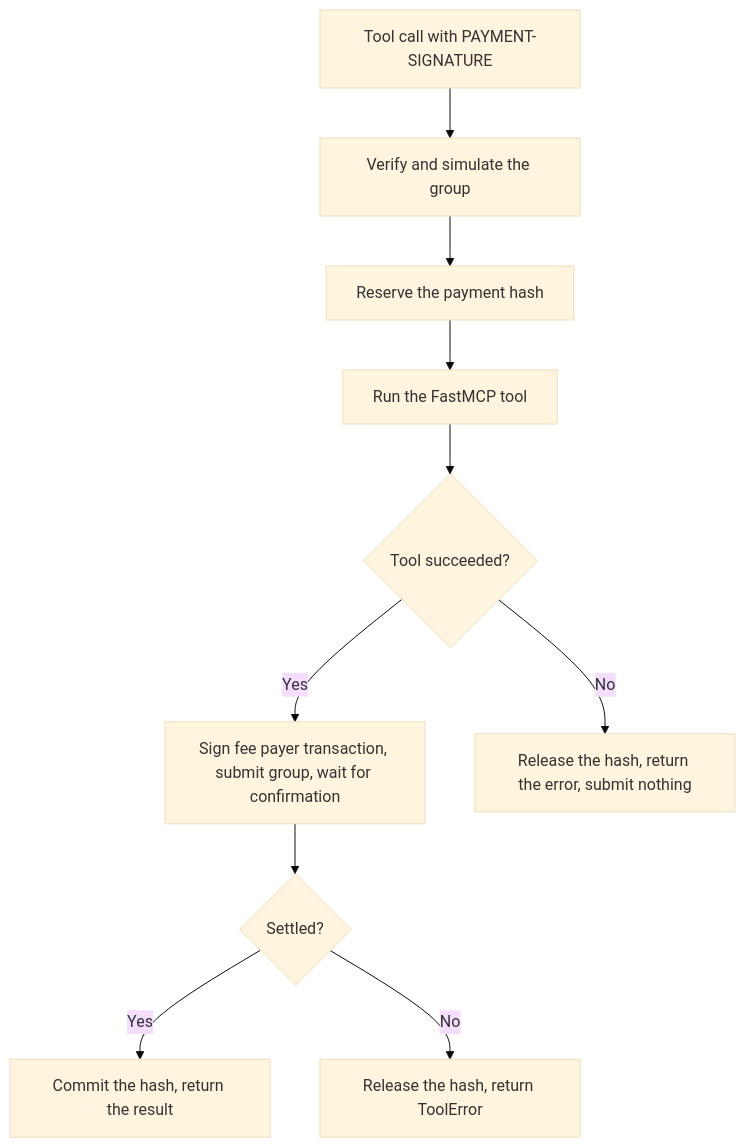
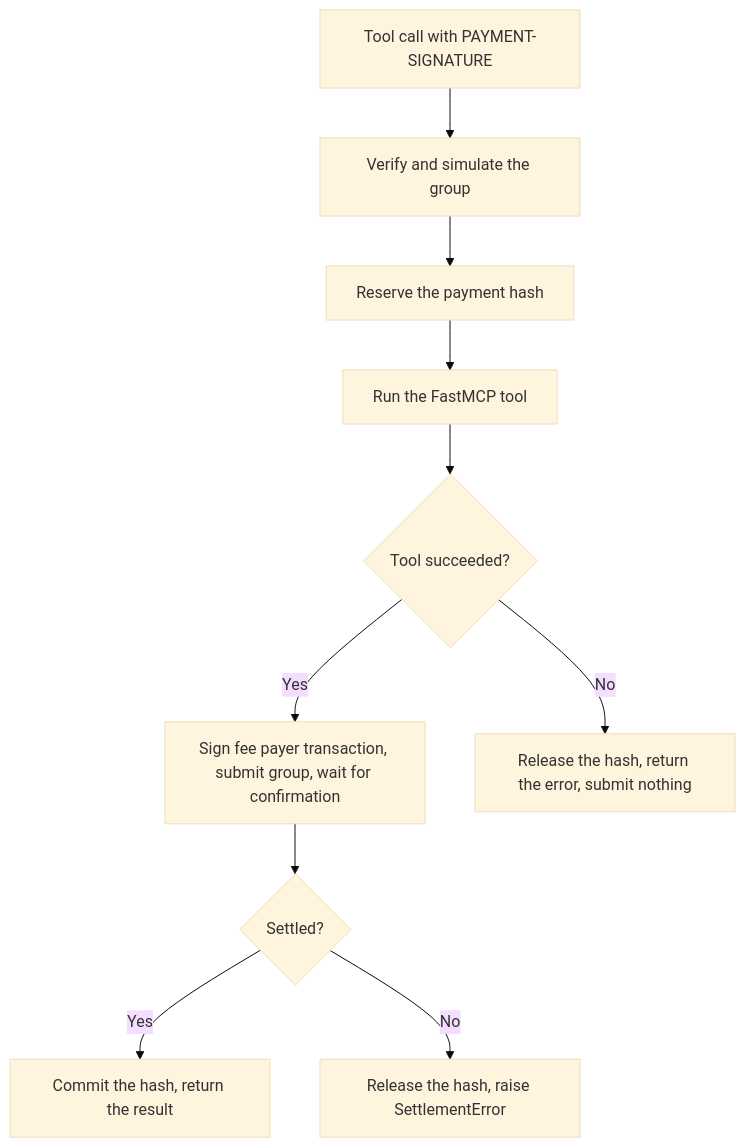
Before and after one commit to x402-avm/x402-avm.github.io: the diagram in ai-economy-sdk/settlement.mdx, drawn with Mermaid (base theme). The commit also changed other lines of this file and 153 other files, not shown here.

````diff
--- a/ai-economy-sdk/settlement.mdx
+++ b/ai-economy-sdk/settlement.mdx
@@ -11,12 +11,12 @@
 ```mermaid
 flowchart TD
     A[Tool call with PAYMENT-SIGNATURE] --> B[Verify and simulate the group]
     B --> C[Reserve the payment hash]
     C --> D[Run the FastMCP tool]
     D --> E{Tool succeeded?}
     E -- Yes --> F[Sign fee payer transaction, submit group, wait for confirmation]
     F --> G{Settled?}
     G -- Yes --> H[Commit the hash, return the result]
-    G -- No --> I[Release the hash, return ToolError]
+    G -- No --> I[Release the hash, raise SettlementError]
     E -- No --> J[Release the hash, return the error, submit nothing]
 ```
````
